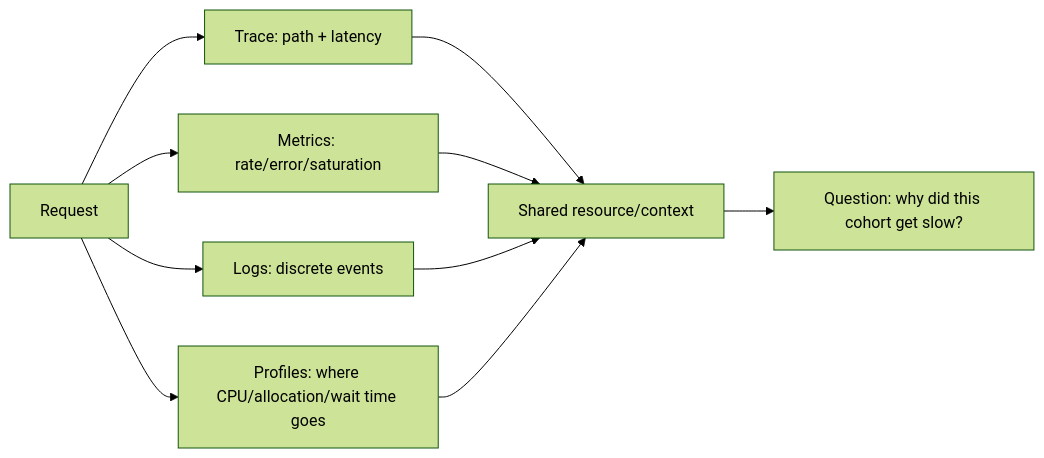
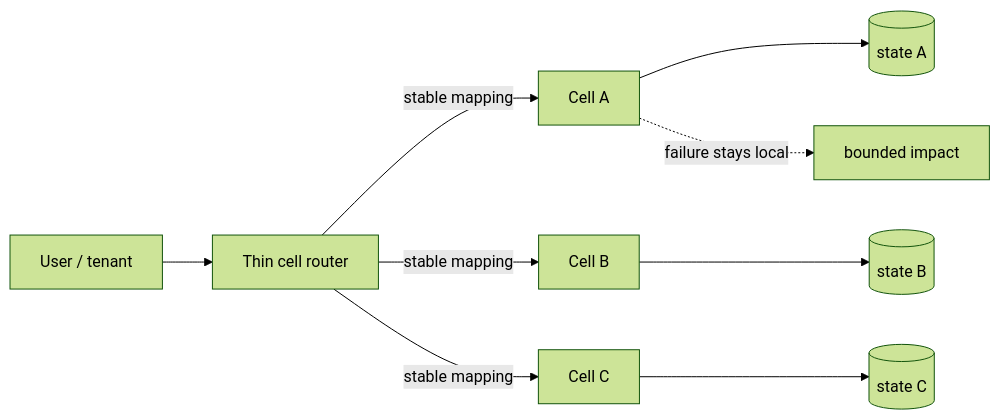
Before and after one commit to cebrailbagatarhan/software-engineering-interview-roadmap: the first of 2 diagrams in daily/2026-09-19/01-00.md, drawn with Mermaid (forest theme). The commit also changed other lines of this file, not shown here.

````diff
--- a/daily/2026-09-19/01-00.md
+++ b/daily/2026-09-19/01-00.md
@@ -16,12 +16,11 @@
 ```mermaid
 flowchart LR
-  R[Request] --> T[Trace: path + latency]
-  R --> M[Metrics: rate/error/saturation]
-  R --> L[Logs: discrete events]
-  R --> P[Profiles: where CPU/allocation/wait time goes]
-  T --> C[Shared resource/context]
-  M --> C
-  L --> C
-  P --> C
-  C --> Q[Question: why did this cohort get slow?]
+  U[User / tenant] --> R[Thin cell router]
+  R -->|stable mapping| A[Cell A]
+  R -->|stable mapping| B[Cell B]
+  R -->|stable mapping| C[Cell C]
+  A --> SA[(state A)]
+  B --> SB[(state B)]
+  C --> SC[(state C)]
+  A -. failure stays local .-> X[bounded impact]
 ```
````
